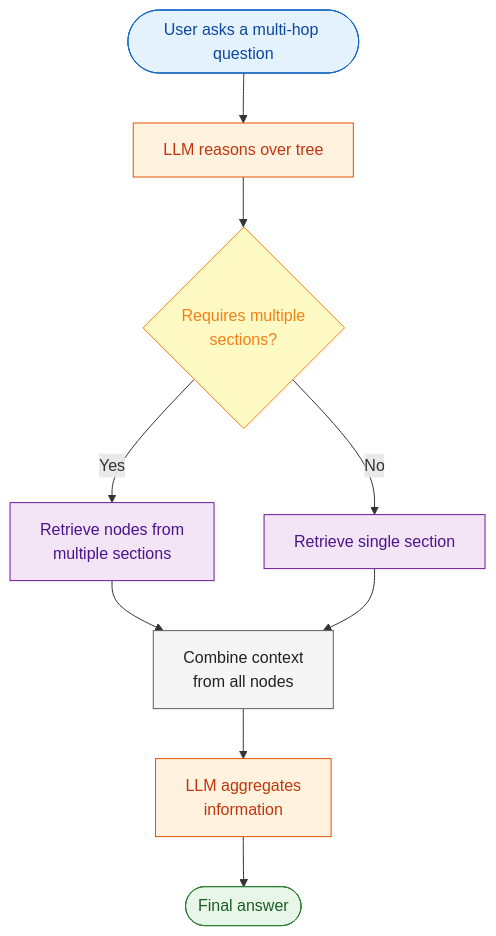
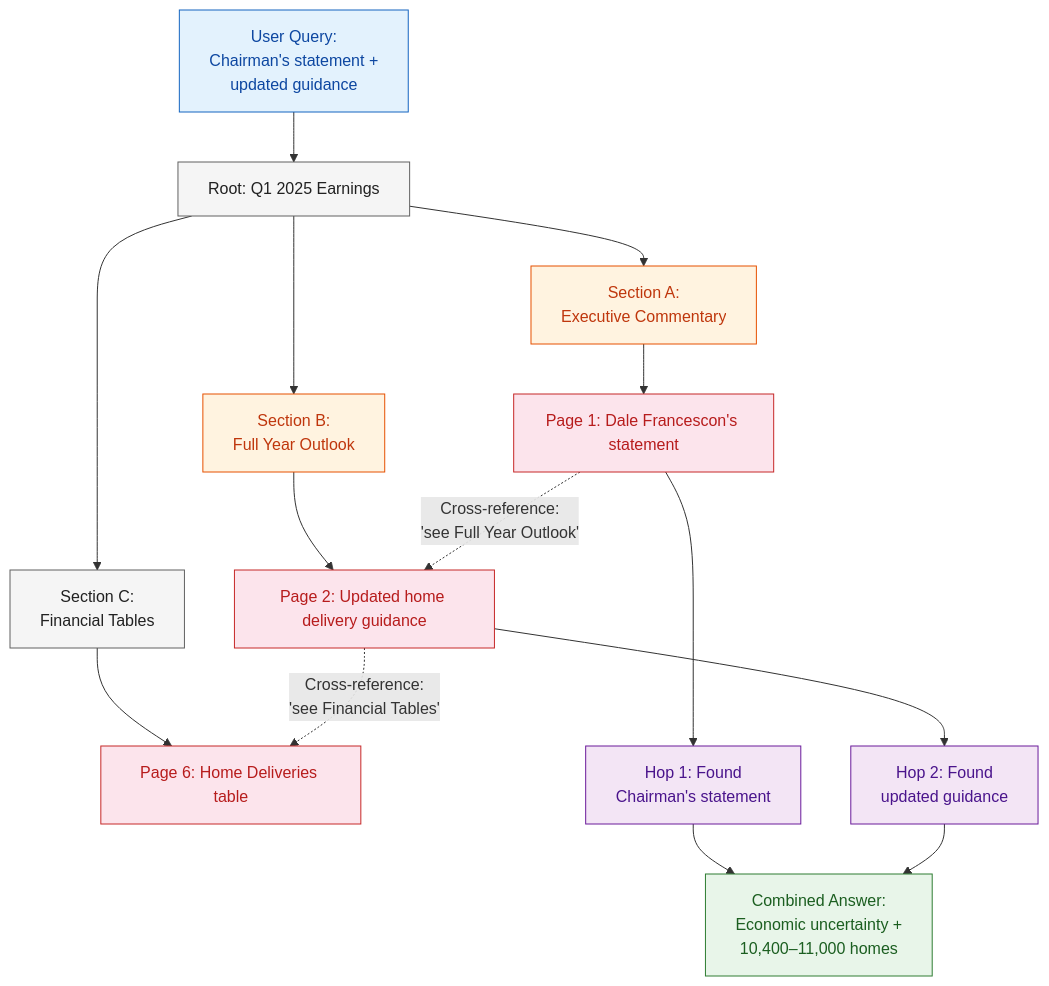
The first of 5 diagrams in lab2/lab2_vectorless_rag_advanced.md (AyushSinghRana15/Vectorless-RAG), drawn with Mermaid before and after one commit. The commit also changed other lines of this file, not shown here.

Commit message:
Add tree-based multi-hop diagram with cross-references

````diff
--- a/lab2/lab2_vectorless_rag_advanced.md
+++ b/lab2/lab2_vectorless_rag_advanced.md
@@ -46,20 +48,32 @@
 ```mermaid
-flowchart TD
-    A(["User asks a multi-hop question"]) --> B["LLM reasons over tree"]
-    B --> C{"Requires multiple\nsections?"}
-    C -->|Yes| D["Retrieve nodes from\nmultiple sections"]
-    C -->|No| E["Retrieve single section"]
-    D --> F["Combine context\nfrom all nodes"]
-    E --> F
-    F --> G["LLM aggregates\ninformation"]
-    G --> H(["Final answer"])
+graph TD
+    Q["User Query:\nChairman's statement +\nupdated guidance"] --> R["Root: Q1 2025 Earnings"]
 
-    style A fill:#e3f2fd,stroke:#1565c0,color:#0d47a1
+    R --> A["Section A:\nExecutive Commentary"]
+    R --> B["Section B:\nFull Year Outlook"]
+    R --> C["Section C:\nFinancial Tables"]
+
+    A --> A1["Page 1: Dale Francescon's statement"]
+    B --> B1["Page 2: Updated home delivery guidance"]
+    C --> C1["Page 6: Home Deliveries table"]
+
+    A1 -.->|"Cross-reference:\n'see Full Year Outlook'"| B1
+    B1 -.->|"Cross-reference:\n'see Financial Tables'"| C1
+
+    A1 --> H1["Hop 1: Found\nChairman's statement"]
+    B1 --> H2["Hop 2: Found\nupdated guidance"]
+    H1 --> ANSWER["Combined Answer:\nEconomic uncertainty +\n10,400–11,000 homes"]
+    H2 --> ANSWER
+
+    style Q fill:#e3f2fd,stroke:#1565c0,color:#0d47a1
+    style R fill:#f5f5f5,stroke:#616161,color:#212121
+    style A fill:#fff3e0,stroke:#e65100,color:#bf360c
     style B fill:#fff3e0,stroke:#e65100,color:#bf360c
-    style C fill:#fff9c4,stroke:#f57f17,color:#f57f17
-    style D fill:#f3e5f5,stroke:#6a1b9a,color:#4a148c
-    style E fill:#f3e5f5,stroke:#6a1b9a,color:#4a148c
-    style F fill:#f5f5f5,stroke:#616161,color:#212121
-    style G fill:#fff3e0,stroke:#e65100,color:#bf360c
-    style H fill:#e8f5e9,stroke:#2e7d32,color:#1b5e20
+    style C fill:#f5f5f5,stroke:#616161,color:#212121
+    style A1 fill:#fce4ec,stroke:#c62828,color:#b71c1c
+    style B1 fill:#fce4ec,stroke:#c62828,color:#b71c1c
+    style C1 fill:#fce4ec,stroke:#c62828,color:#b71c1c
+    style H1 fill:#f3e5f5,stroke:#6a1b9a,color:#4a148c
+    style H2 fill:#f3e5f5,stroke:#6a1b9a,color:#4a148c
+    style ANSWER fill:#e8f5e9,stroke:#2e7d32,color:#1b5e20
 ```
````
